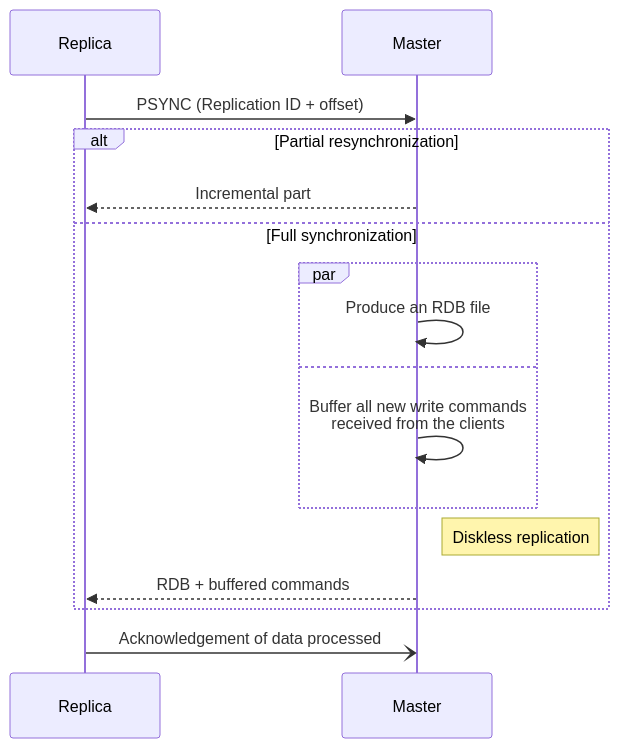
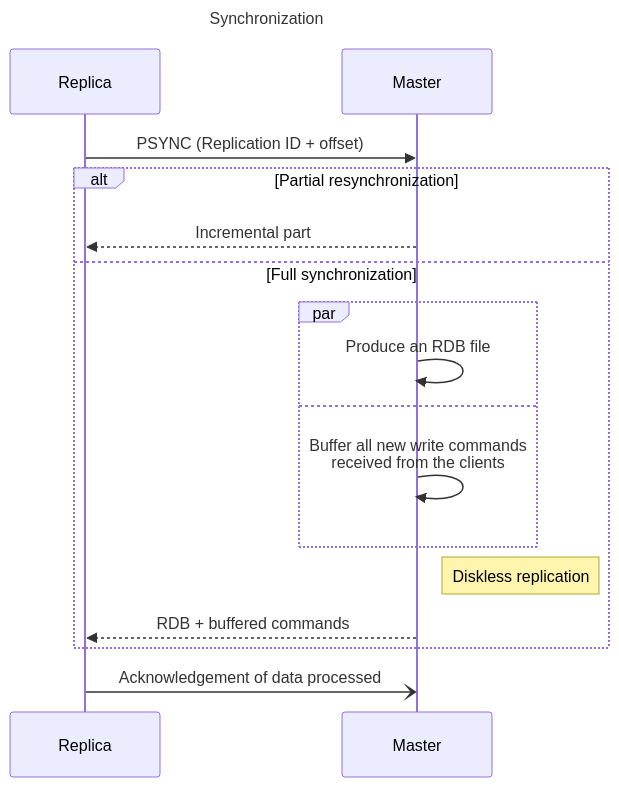
Before and after one commit to qinghaoh/qinghaoh.github.io: the seventh of 8 diagrams in _posts/2022-08-29-system-design.markdown, drawn with Mermaid. The commit also changed other lines of this file and 5 other files, not shown here.

````diff
--- a/_posts/2022-08-29-system-design.markdown
+++ b/_posts/2022-08-29-system-design.markdown
@@ -154,16 +197,19 @@
 ```mermaid
+---
+title: Synchronization
+---
 sequenceDiagram
     Replica->>Master: PSYNC (Replication ID + offset)
     alt Partial resynchronization
         Master-->>Replica: Incremental part
     else Full synchronization
         par
             Master->>Master: Produce an RDB file
         and
             Master->>Master: Buffer all new write commands<br/>received from the clients
         end
     Note right of Master: Diskless replication
     Master-->>Replica: RDB + buffered commands
     end
     Replica-)Master: Acknowledgement of data processed
 ```
````
